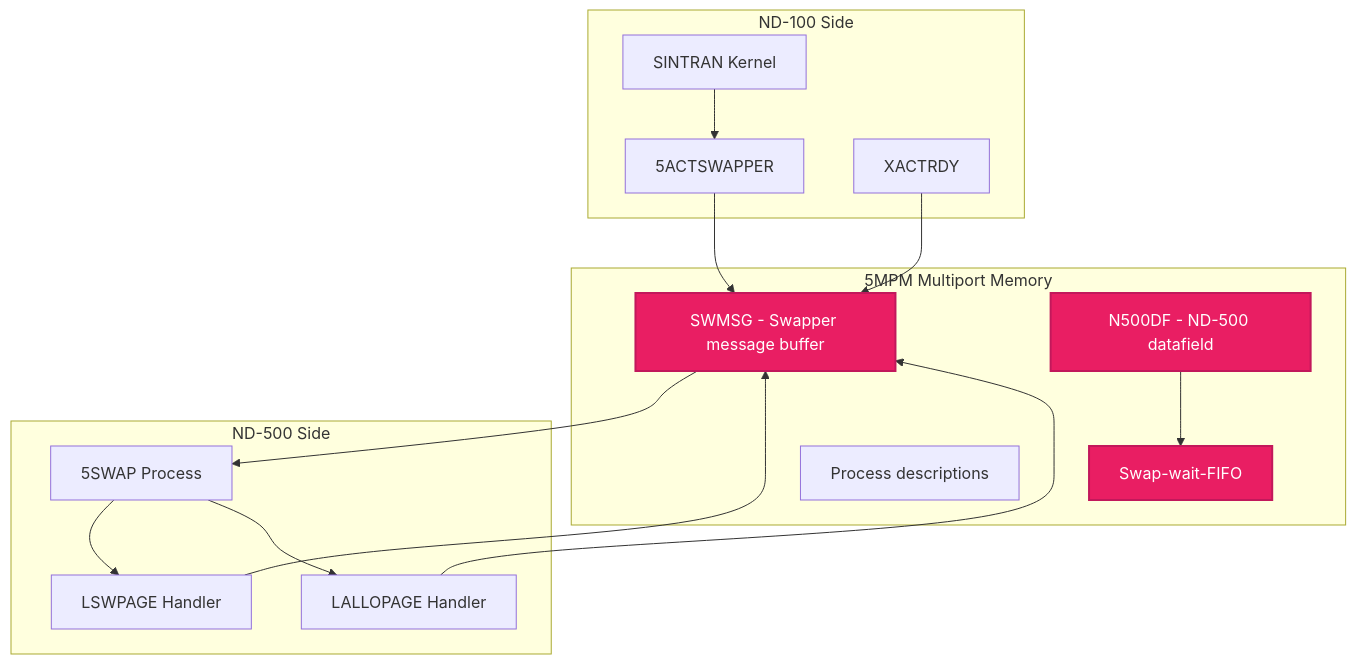
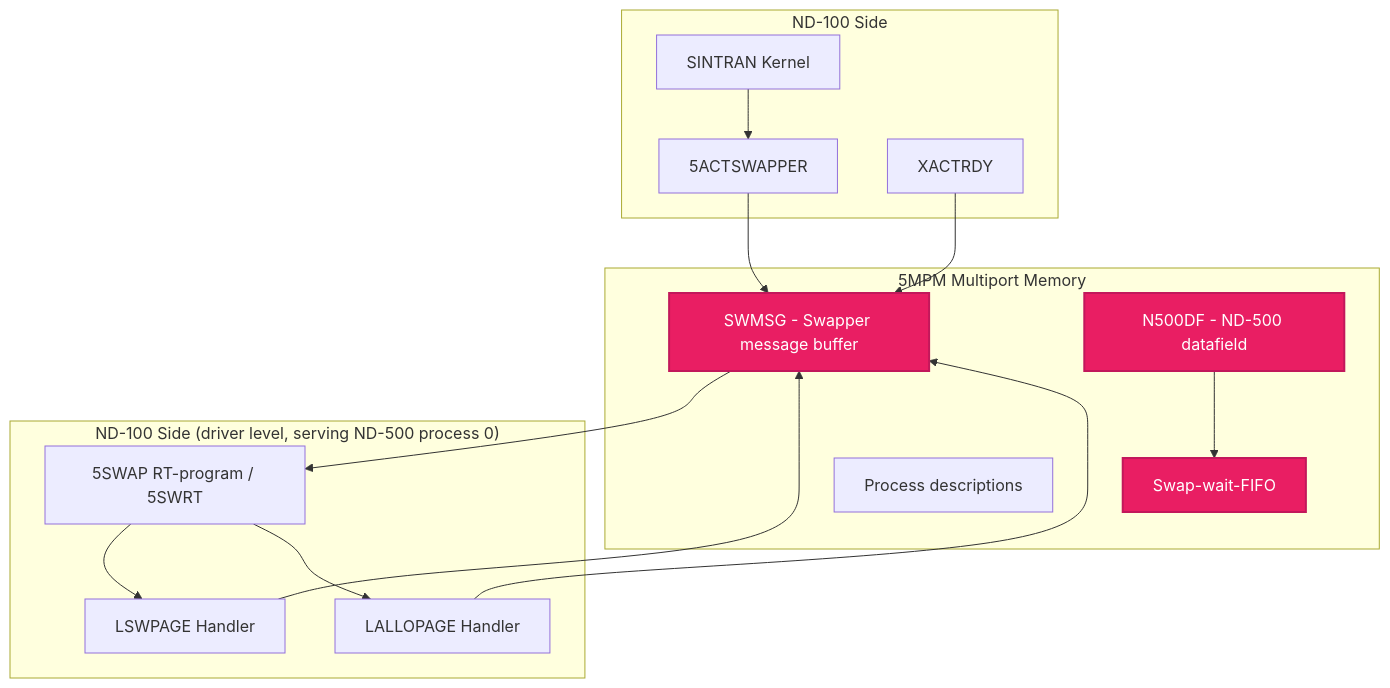
Before and after one commit to HackerCorpLabs/NDInsight: the ninth of 11 diagrams in SINTRAN/ND500/ND500-SWAPPER-ANALYSIS.md, drawn with Mermaid. The commit also changed other lines of this file and 3 other files, not shown here.

````diff
--- a/SINTRAN/ND500/ND500-SWAPPER-ANALYSIS.md
+++ b/SINTRAN/ND500/ND500-SWAPPER-ANALYSIS.md
@@ -355,35 +355,35 @@
 ```mermaid
 flowchart TB
     subgraph "ND-100 Side"
         A[SINTRAN Kernel]
         B[5ACTSWAPPER]
         C[XACTRDY]
     end
 
     subgraph "5MPM Multiport Memory"
         D[SWMSG - Swapper message buffer]
         E[N500DF - ND-500 datafield]
         F[Swap-wait-FIFO]
         G[Process descriptions]
     end
 
-    subgraph "ND-500 Side"
-        H[5SWAP Process]
+    subgraph "ND-100 Side (driver level, serving ND-500 process 0)"
+        H[5SWAP RT-program / 5SWRT]
         I[LSWPAGE Handler]
         J[LALLOPAGE Handler]
     end
 
     A --> B
     B --> D
     C --> D
     D --> H
     H --> I
     H --> J
     I --> D
     J --> D
     E --> F
 
     style D fill:#E91E63,stroke:#C2185B,stroke-width:2px,color:#fff
     style E fill:#E91E63,stroke:#C2185B,stroke-width:2px,color:#fff
     style F fill:#E91E63,stroke:#C2185B,stroke-width:2px,color:#fff
 ```
````
